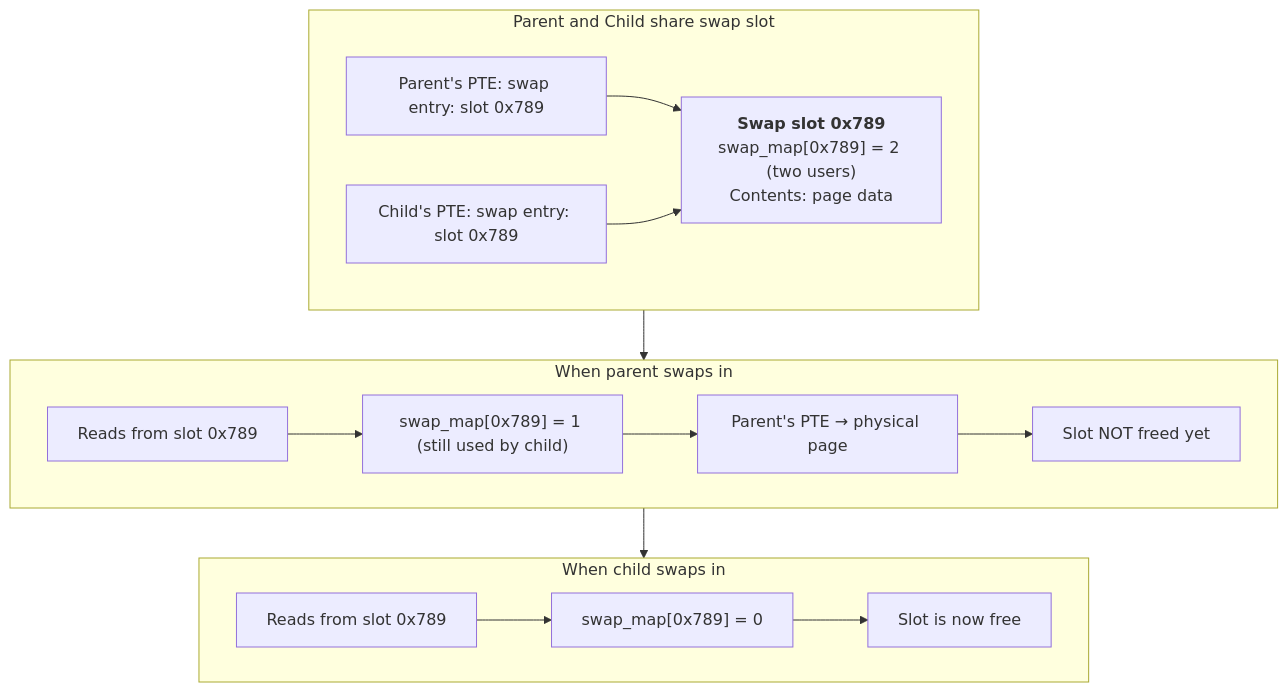
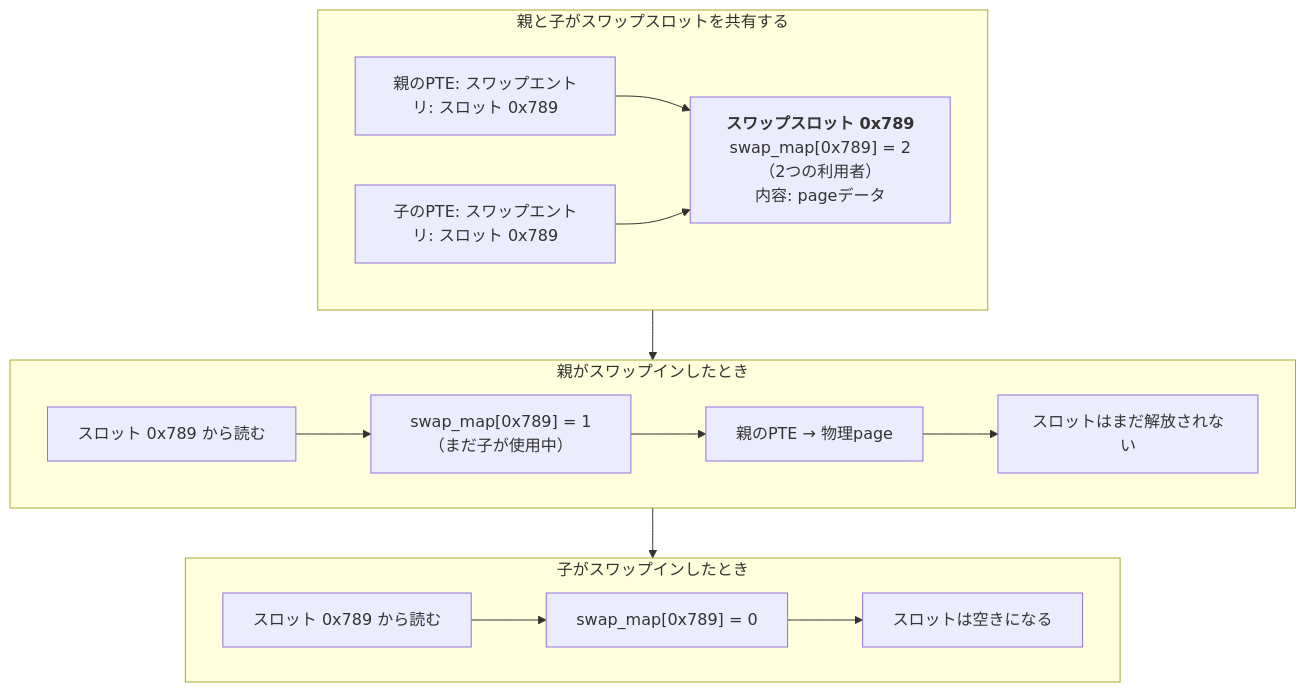
Before and after one commit to doguto/linux-kernel-internals-jp: diagram 11 of 16 in docs/mm/swapping.md, drawn with Mermaid. The commit also changed other lines of this file and 27 other files, not shown here.

````diff
--- a/docs/mm/swapping.md
+++ b/docs/mm/swapping.md
@@ -447,28 +447,28 @@
 ```mermaid
 flowchart TB
-    subgraph SharedSlot["Parent and Child share swap slot"]
-        SwapSlot["<b>Swap slot 0x789</b><br/>swap_map[0x789] = 2 (two users)<br/>Contents: page data"]
-        ParentPTE["Parent's PTE: swap entry: slot 0x789"]
-        ChildPTE["Child's PTE: swap entry: slot 0x789"]
+    subgraph SharedSlot["親と子がスワップスロットを共有する"]
+        SwapSlot["<b>スワップスロット 0x789</b><br/>swap_map[0x789] = 2（2つの利用者）<br/>内容: pageデータ"]
+        ParentPTE["親のPTE: スワップエントリ: スロット 0x789"]
+        ChildPTE["子のPTE: スワップエントリ: スロット 0x789"]
 
         ParentPTE --> SwapSlot
         ChildPTE --> SwapSlot
     end
 
-    subgraph ParentSwapIn["When parent swaps in"]
-        P1["Reads from slot 0x789"]
-        P2["swap_map[0x789] = 1 (still used by child)"]
-        P3["Parent's PTE → physical page"]
-        P4["Slot NOT freed yet"]
+    subgraph ParentSwapIn["親がスワップインしたとき"]
+        P1["スロット 0x789 から読む"]
+        P2["swap_map[0x789] = 1（まだ子が使用中）"]
+        P3["親のPTE → 物理page"]
+        P4["スロットはまだ解放されない"]
         P1 --> P2 --> P3 --> P4
     end
 
-    subgraph ChildSwapIn["When child swaps in"]
-        C1["Reads from slot 0x789"]
+    subgraph ChildSwapIn["子がスワップインしたとき"]
+        C1["スロット 0x789 から読む"]
         C2["swap_map[0x789] = 0"]
-        C3["Slot is now free"]
+        C3["スロットは空きになる"]
         C1 --> C2 --> C3
     end
 
     SharedSlot --> ParentSwapIn --> ChildSwapIn
 ```
````
